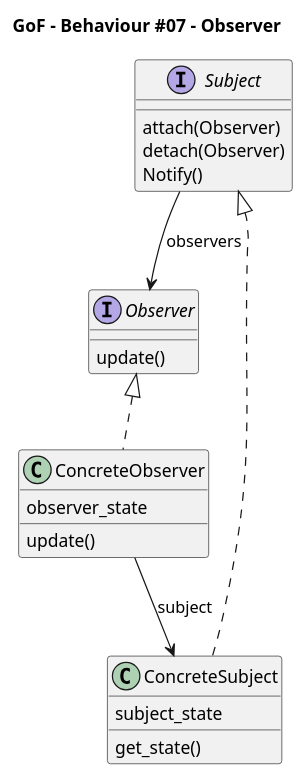
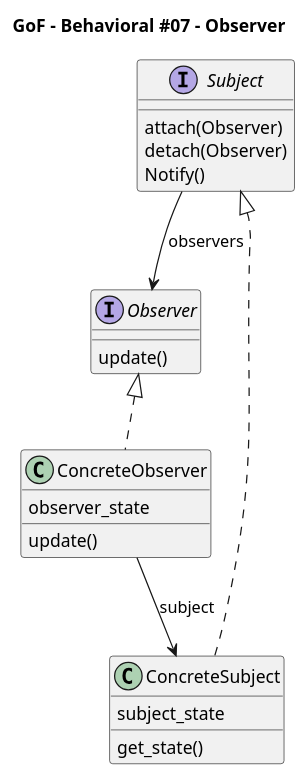
The diagram in GoF/GoF_be07_observer.puml (Takayoshi-Matsuyama/design_patterns), drawn with PlantUML before and after one commit. The commit also changed 36 other files, not shown here.

Commit message:
GoF - Class Diagrams

```diff
--- a/GoF/GoF_be07_observer.puml
+++ b/GoF/GoF_be07_observer.puml
@@ -1,47 +1,47 @@
 @startuml gof_observer
 
 'Copyright 2026 Takayoshi Matsuyama
 '
 'Licensed under the Apache License, Version 2.0 (the "License");
 'you may not use this file except in compliance with the License.
 'You may obtain a copy of the License at
 '
 '    http://www.apache.org/licenses/LICENSE-2.0
 '
 'Unless required by applicable law or agreed to in writing, software
 'distributed under the License is distributed on an "AS IS" BASIS,
 'WITHOUT WARRANTIES OR CONDITIONS OF ANY KIND, either express or implied.
 'See the License for the specific language governing permissions and
 'limitations under the License.
 
-title GoF - Behaviour #07 - Observer
+title GoF - Behavioral #07 - Observer
 
 Interface Observer {
     update()
 }
 
 class ConcreteObserver {
     observer_state
     update()
 }
 
 Observer <|.. ConcreteObserver
 
 Interface Subject {
     attach(Observer)
     detach(Observer)
     Notify()
 } 
 
 class ConcreteSubject {
     subject_state
     get_state()
 }
 
 Subject <|.. ConcreteSubject
 
 Subject --> Observer : observers
 
 ConcreteObserver --> ConcreteSubject : subject
 
 @enduml
```
